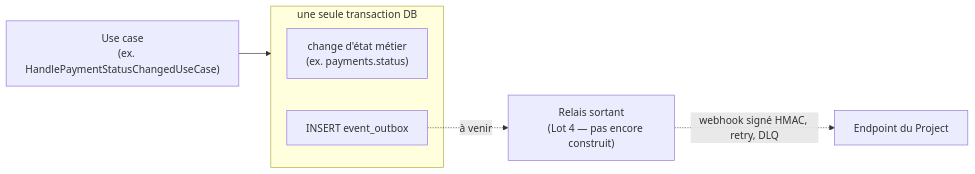
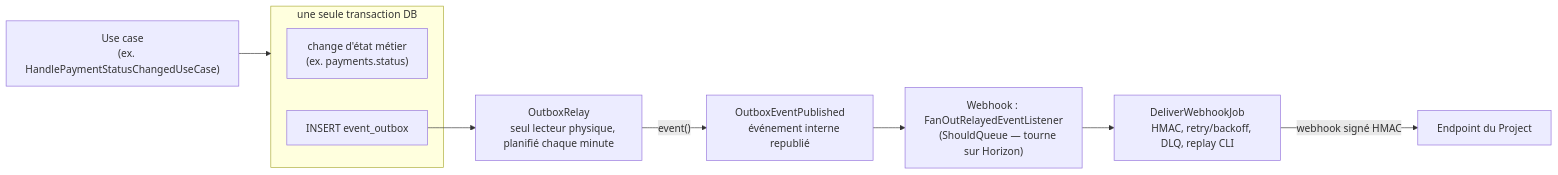
The eighth of 9 diagrams in docs/architecture/vue-ensemble.md (wilfreidlando/vcam-core-system), drawn with Mermaid before and after one commit. The commit also changed other lines of this file and 2 other files, not shown here.

First line of the commit message:
docs: sync CLAUDE.md, ADR index and vue-ensemble.md to Lot 4 reality

````diff
--- a/docs/architecture/vue-ensemble.md
+++ b/docs/architecture/vue-ensemble.md
@@ -415,16 +421,25 @@
 ```mermaid
 graph LR
     UC["Use case
     (ex. HandlePaymentStatusChangedUseCase)"]
     subgraph TX["une seule transaction DB"]
         State["change d'état métier
         (ex. payments.status)"]
         Outbox["INSERT event_outbox"]
     end
-    Relay["Relais sortant
-    (Lot 4 — pas encore construit)"]
+    Relay["OutboxRelay
+    seul lecteur physique, planifié chaque minute"]
+    Pub["OutboxEventPublished
+    événement interne republié"]
+    Listener["Webhook : FanOutRelayedEventListener
+    (ShouldQueue — tourne sur Horizon)"]
+    Deliver["DeliverWebhookJob
+    HMAC, retry/backoff, DLQ, replay CLI"]
 
     UC --> TX
-    Outbox -.->|à venir| Relay
-    Relay -.->|webhook signé HMAC, retry, DLQ| Consumer["Endpoint du Project"]
+    Outbox --> Relay
+    Relay -->|"event()"| Pub
+    Pub --> Listener
+    Listener --> Deliver
+    Deliver -->|webhook signé HMAC| Consumer["Endpoint du Project"]
 ```
````
